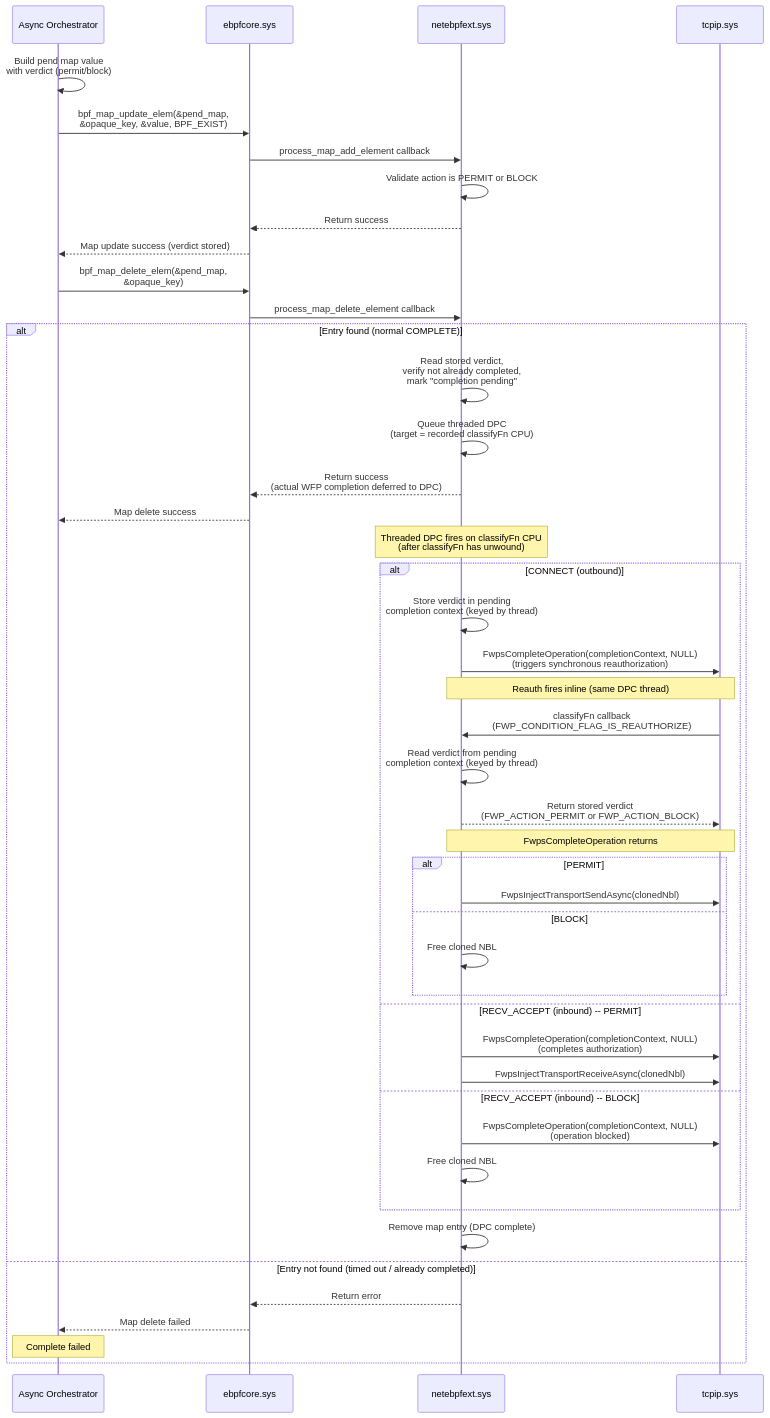
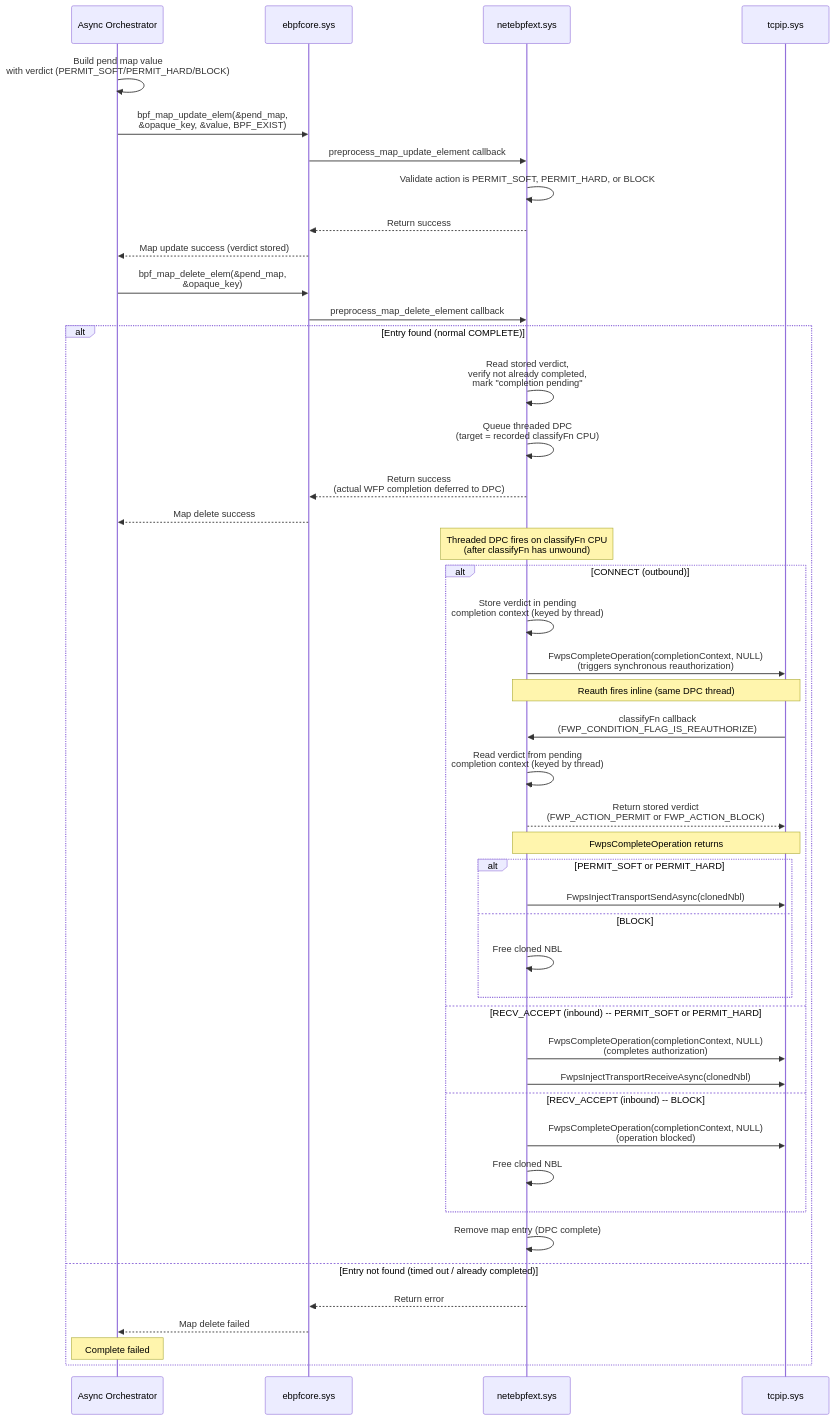
The second of 5 diagrams in docs/AsyncProcessing.md (matthewige/ebpf-for-windows), drawn with Mermaid before and after one commit. The commit also changed other lines of this file, not shown here.

````diff
--- a/docs/AsyncProcessing.md
+++ b/docs/AsyncProcessing.md
@@ -462,56 +487,56 @@
 ```mermaid
 sequenceDiagram
     participant orchestrator as Async Orchestrator
     participant ebpfcore as ebpfcore.sys
     participant ebpfext as netebpfext.sys
     participant tcpip as tcpip.sys
 
-    orchestrator->>orchestrator: Build pend map value<br/>with verdict (permit/block)
+    orchestrator->>orchestrator: Build pend map value<br/>with verdict (PERMIT_SOFT/PERMIT_HARD/BLOCK)
     orchestrator->>ebpfcore: bpf_map_update_elem(&pend_map,<br/>&opaque_key, &value, BPF_EXIST)
-    ebpfcore->>ebpfext: process_map_add_element callback
-    ebpfext->>ebpfext: Validate action is PERMIT or BLOCK
+    ebpfcore->>ebpfext: preprocess_map_update_element callback
+    ebpfext->>ebpfext: Validate action is PERMIT_SOFT, PERMIT_HARD, or BLOCK
     ebpfext-->>ebpfcore: Return success
     ebpfcore-->>orchestrator: Map update success (verdict stored)
 
     orchestrator->>ebpfcore: bpf_map_delete_elem(&pend_map,<br/>&opaque_key)
-    ebpfcore->>ebpfext: process_map_delete_element callback
+    ebpfcore->>ebpfext: preprocess_map_delete_element callback
 
     alt Entry found (normal COMPLETE)
         ebpfext->>ebpfext: Read stored verdict,<br/>verify not already completed,<br/>mark "completion pending"
         ebpfext->>ebpfext: Queue threaded DPC<br/>(target = recorded classifyFn CPU)
         ebpfext-->>ebpfcore: Return success<br/>(actual WFP completion deferred to DPC)
         ebpfcore-->>orchestrator: Map delete success
 
         Note over ebpfext: Threaded DPC fires on classifyFn CPU<br/>(after classifyFn has unwound)
 
         alt CONNECT (outbound)
             ebpfext->>ebpfext: Store verdict in pending<br/>completion context (keyed by thread)
             ebpfext->>tcpip: FwpsCompleteOperation(completionContext, NULL)<br/>(triggers synchronous reauthorization)
             Note over tcpip,ebpfext: Reauth fires inline (same DPC thread)
             tcpip->>ebpfext: classifyFn callback<br/>(FWP_CONDITION_FLAG_IS_REAUTHORIZE)
             ebpfext->>ebpfext: Read verdict from pending<br/>completion context (keyed by thread)
             ebpfext-->>tcpip: Return stored verdict<br/>(FWP_ACTION_PERMIT or FWP_ACTION_BLOCK)
             Note over tcpip,ebpfext: FwpsCompleteOperation returns
-            alt PERMIT
+            alt PERMIT_SOFT or PERMIT_HARD
                 ebpfext->>tcpip: FwpsInjectTransportSendAsync(clonedNbl)
             else BLOCK
                 ebpfext->>ebpfext: Free cloned NBL
             end
 
-        else RECV_ACCEPT (inbound) -- PERMIT
+        else RECV_ACCEPT (inbound) -- PERMIT_SOFT or PERMIT_HARD
             ebpfext->>tcpip: FwpsCompleteOperation(completionContext, NULL)<br/>(completes authorization)
             ebpfext->>tcpip: FwpsInjectTransportReceiveAsync(clonedNbl)
 
         else RECV_ACCEPT (inbound) -- BLOCK
             ebpfext->>tcpip: FwpsCompleteOperation(completionContext, NULL)<br/>(operation blocked)
             ebpfext->>ebpfext: Free cloned NBL
         end
 
         ebpfext->>ebpfext: Remove map entry (DPC complete)
 
     else Entry not found (timed out / already completed)
         ebpfext-->>ebpfcore: Return error
         ebpfcore-->>orchestrator: Map delete failed
         Note over orchestrator: Complete failed
     end
 ```
````
